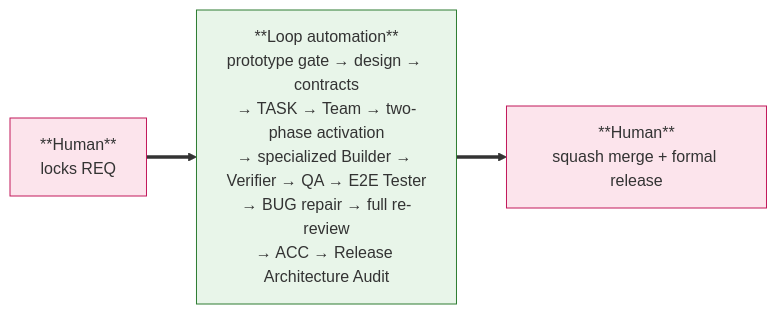
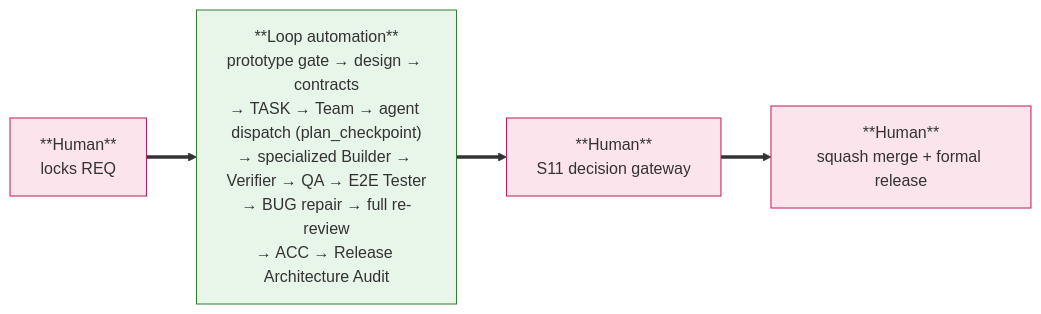
The first of 7 diagrams in docs/README.md (entroforge/go-system-builder), drawn with Mermaid before and after one commit. The commit also changed other lines of this file and 487 other files, not shown here.

````diff
--- a/docs/README.md
+++ b/docs/README.md
@@ -34,9 +35,10 @@
 ```mermaid
 graph LR
     H1["**Human**<br/>locks REQ"]:::human
-    M["**Loop automation**<br/>prototype gate → design → contracts<br/>→ TASK → Team → two-phase activation<br/>→ specialized Builder → Verifier → QA → E2E Tester<br/>→ BUG repair → full re-review<br/>→ ACC → Release Architecture Audit"]:::auto
+    M["**Loop automation**<br/>prototype gate → design → contracts<br/>→ TASK → Team → agent dispatch (plan_checkpoint)<br/>→ specialized Builder → Verifier → QA → E2E Tester<br/>→ BUG repair → full re-review<br/>→ ACC → Release Architecture Audit"]:::auto
+    G["**Human**<br/>S11 decision gateway"]:::human
     H2["**Human**<br/>squash merge + formal release"]:::human
-    H1 ==> M ==> H2
+    H1 ==> M ==> G ==> H2
     classDef human fill:#fce4ec,stroke:#c2185b
     classDef auto fill:#e8f5e9,stroke:#2e7d32
 ```
````
